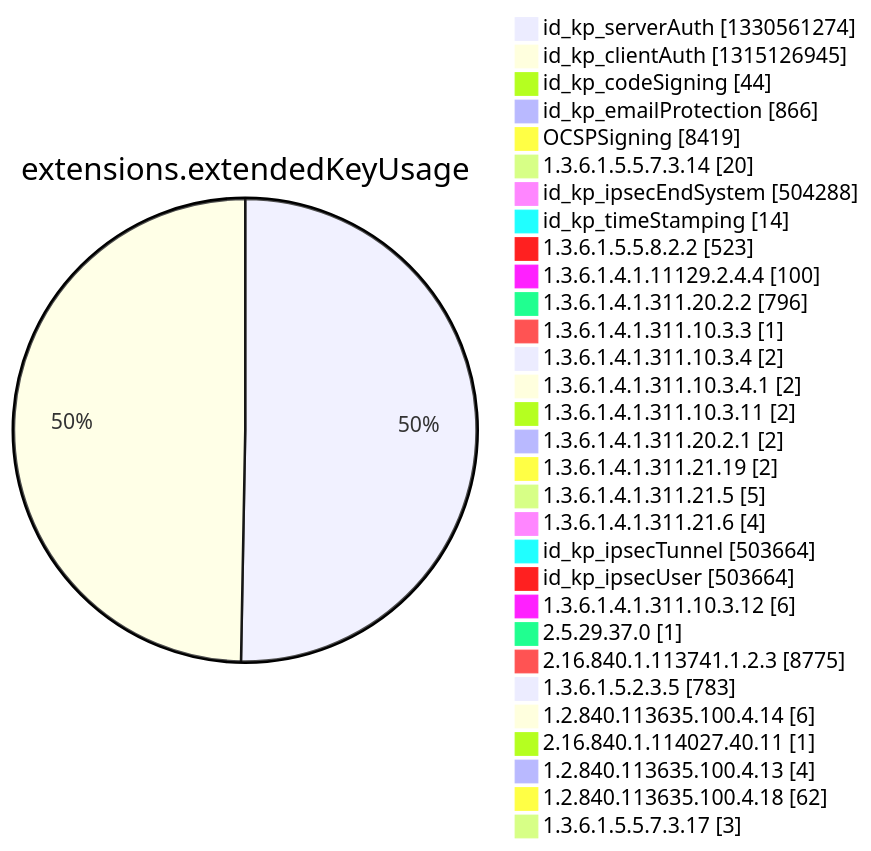
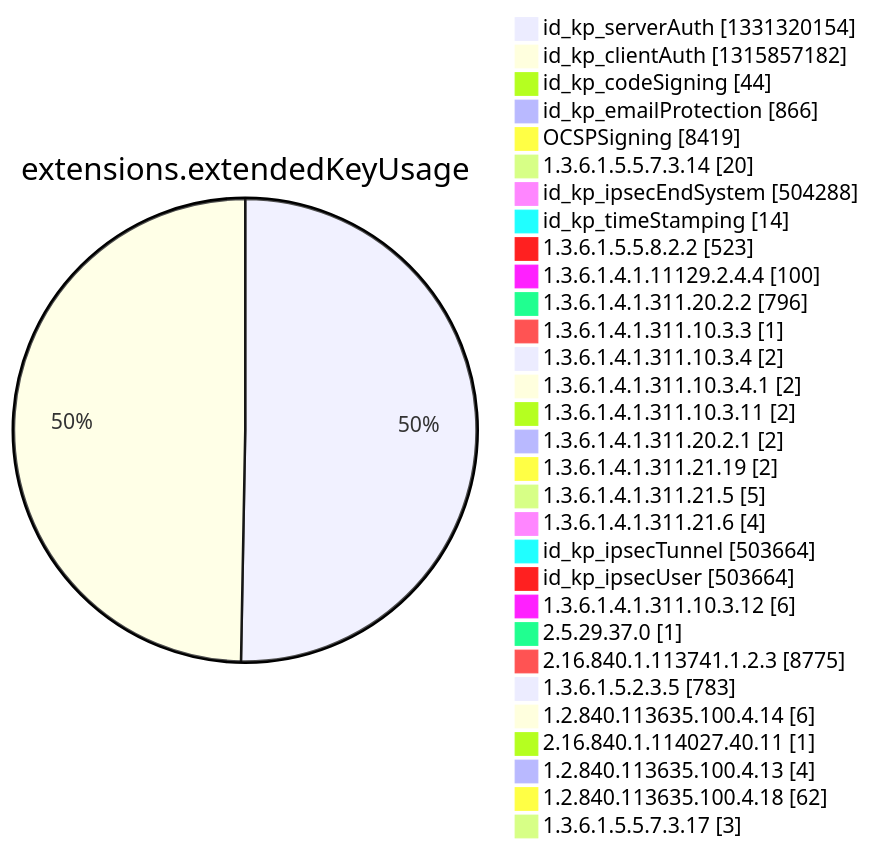
Diagram 12 of 15 in argon2022/README.md (christiankrug/ctmonitor_visualization), drawn with Mermaid before and after one commit. The commit also changed other lines of this file, not shown here.

````diff
--- a/argon2022/README.md
+++ b/argon2022/README.md
@@ -3553,34 +3553,34 @@
 ```mermaid
 pie showData
 title extensions.extendedKeyUsage
-"id_kp_serverAuth" :1330561274
-"id_kp_clientAuth" :1315126945
+"id_kp_serverAuth" :1331320154
+"id_kp_clientAuth" :1315857182
 "id_kp_codeSigning" :44
 "id_kp_emailProtection" :866
 "OCSPSigning" :8419
 "1.3.6.1.5.5.7.3.14" :20
 "id_kp_ipsecEndSystem" :504288
 "id_kp_timeStamping" :14
 "1.3.6.1.5.5.8.2.2" :523
 "1.3.6.1.4.1.11129.2.4.4" :100
 "1.3.6.1.4.1.311.20.2.2" :796
 "1.3.6.1.4.1.311.10.3.3" :1
 "1.3.6.1.4.1.311.10.3.4" :2
 "1.3.6.1.4.1.311.10.3.4.1" :2
 "1.3.6.1.4.1.311.10.3.11" :2
 "1.3.6.1.4.1.311.20.2.1" :2
 "1.3.6.1.4.1.311.21.19" :2
 "1.3.6.1.4.1.311.21.5" :5
 "1.3.6.1.4.1.311.21.6" :4
 "id_kp_ipsecTunnel" :503664
 "id_kp_ipsecUser" :503664
 "1.3.6.1.4.1.311.10.3.12" :6
 "2.5.29.37.0" :1
 "2.16.840.1.113741.1.2.3" :8775
 "1.3.6.1.5.2.3.5" :783
 "1.2.840.113635.100.4.14" :6
 "2.16.840.1.114027.40.11" :1
 "1.2.840.113635.100.4.13" :4
 "1.2.840.113635.100.4.18" :62
 "1.3.6.1.5.5.7.3.17" :3
 ```
````
